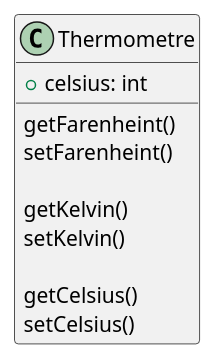
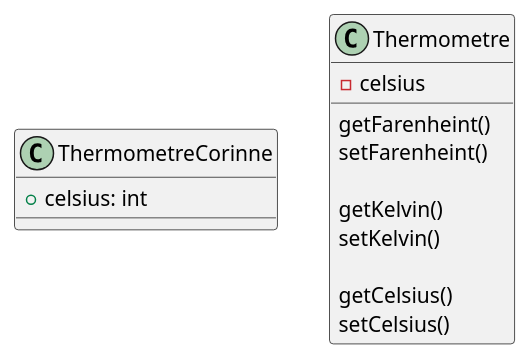
The diagram in src/main/java/tp2/README.md (Nashka92/algo_java_cda), drawn with PlantUML before and after one commit. The commit also changed 4 other files, not shown here.

Commit message:
tp2(refacto): correction uml et exercice

```diff
--- a/src/main/java/tp2/README.md
+++ b/src/main/java/tp2/README.md
@@ -1,18 +1,19 @@
 @startuml
 
+class ThermometreCorinne {
++celsius: int
+}
+
 class Thermometre {
-
-+celsius: int
-
+-celsius
 getFarenheint()
 setFarenheint()
 
 getKelvin()
 setKelvin()
 
 getCelsius()
 setCelsius()
-
 }
 
 @enduml
```
